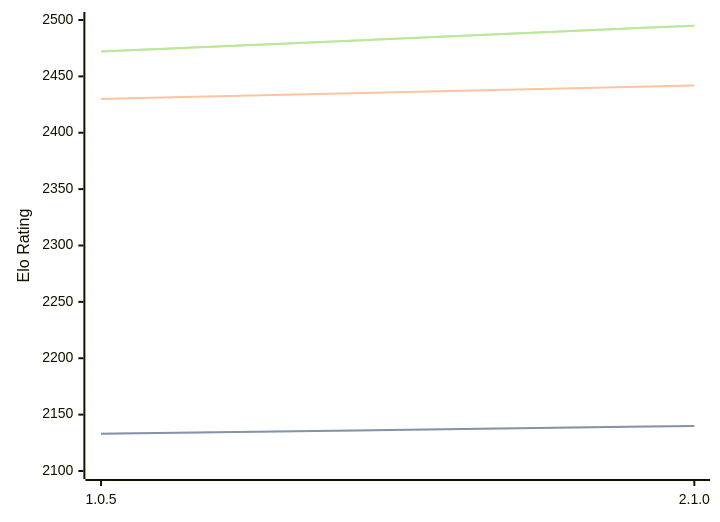
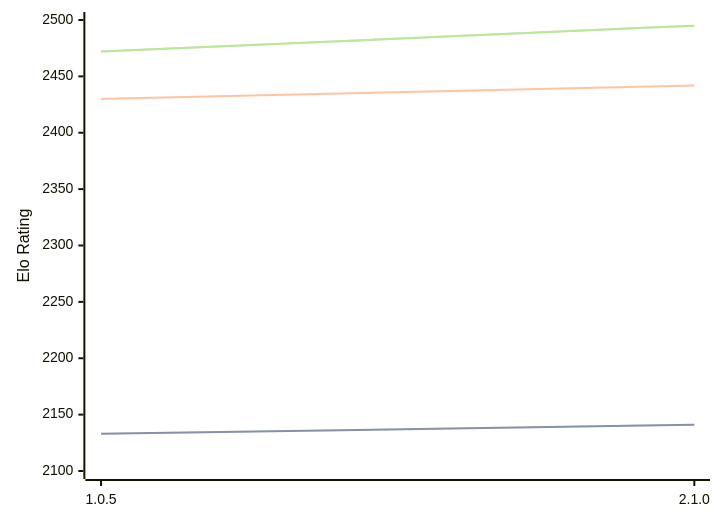
The first of 3 diagrams in engines/Ruffian.md (computer-chess-index/cci), drawn with Mermaid before and after one commit. The commit also changed other lines of this file, not shown here.

````diff
--- a/engines/Ruffian.md
+++ b/engines/Ruffian.md
@@ -32,11 +32,11 @@
 ```mermaid
 %%{init: {"theme":"base","themeVariables":{"seriesColors:['#a3a3a3','#222221','#faa371']}}}%%
 xychart-beta
   x-axis ["1.0.5", "2.1.0"]
   y-axis "Elo Rating" 2100 --> 2500
-  line "STC (8.0+0.08s)" [2133, 2140]
-  line "STC (8.0+0.08s)" [2133, 2140]
+  line "STC (8.0+0.08s)" [2133, 2141]
+  line "STC (8.0+0.08s)" [2133, 2141]
   line "LTC (60.0+0.60s)" [2430, 2442]
   line "VLTC (2m24s+1.12s)" [2472, 2495]
   line "VLTC (2m24s+1.12s)" [2472, 2495]
 ```
````
